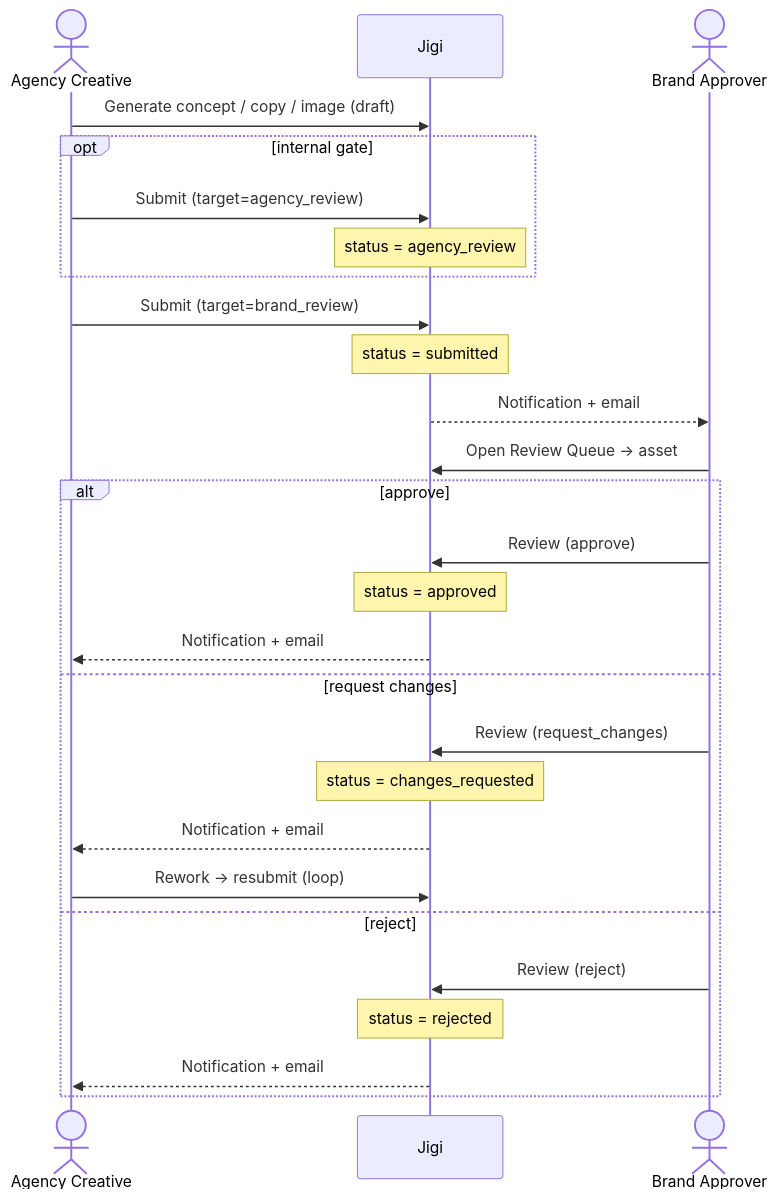
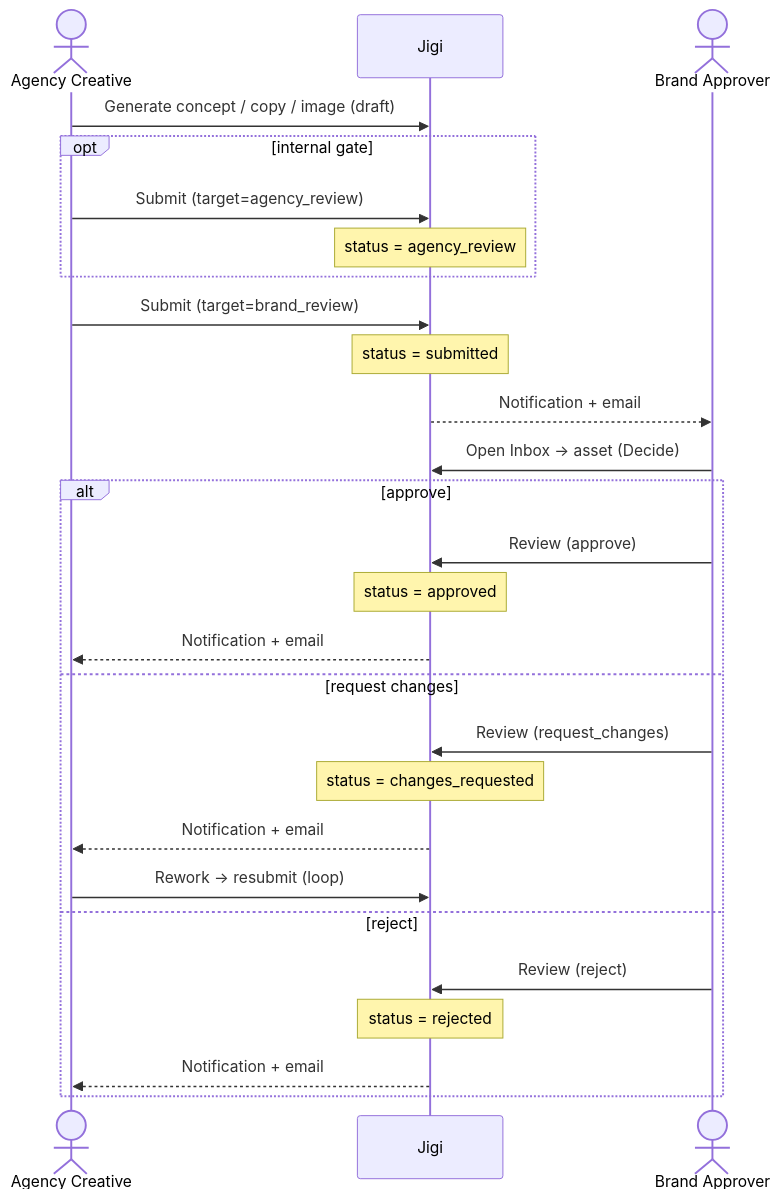
Before and after one commit to olutosin007/jigi-adcentral-01: the second of 2 diagrams in docs/06-persona-flows/00-flow-model.md, drawn with Mermaid. The commit also changed 14 other files, not shown here.

````diff
--- a/docs/06-persona-flows/00-flow-model.md
+++ b/docs/06-persona-flows/00-flow-model.md
@@ -86,30 +86,30 @@
 ```mermaid
 sequenceDiagram
     actor AC as Agency Creative
     participant App as Jigi
     actor BA as Brand Approver
 
     AC->>App: Generate concept / copy / image (draft)
     opt internal gate
         AC->>App: Submit (target=agency_review)
         Note over App: status = agency_review
     end
     AC->>App: Submit (target=brand_review)
     Note over App: status = submitted
     App-->>BA: Notification + email
-    BA->>App: Open Review Queue → asset
+    BA->>App: Open Inbox → asset (Decide)
     alt approve
         BA->>App: Review (approve)
         Note over App: status = approved
         App-->>AC: Notification + email
     else request changes
         BA->>App: Review (request_changes)
         Note over App: status = changes_requested
         App-->>AC: Notification + email
         AC->>App: Rework → resubmit (loop)
     else reject
         BA->>App: Review (reject)
         Note over App: status = rejected
         App-->>AC: Notification + email
     end
 ```
````
